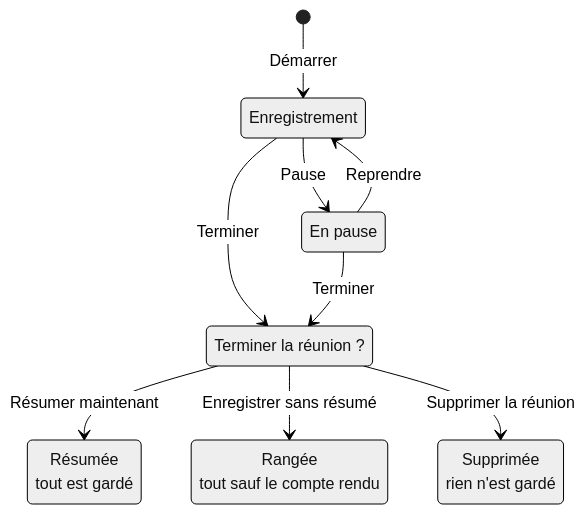
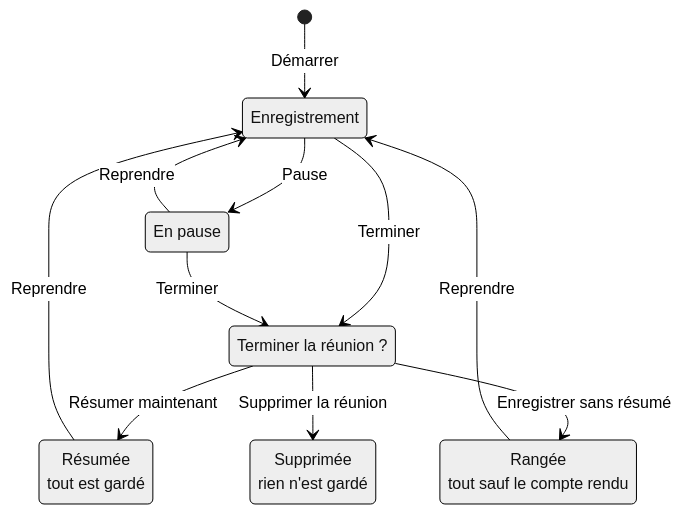
The diagram in docs/user/fonctionnalites/pause-et-fin/index.md (MyAlfred-ai/my-brief), drawn with Mermaid (neutral theme) before and after one commit. The commit also changed other lines of this file and 598 other files, not shown here.

````diff
--- a/docs/user/fonctionnalites/pause-et-fin/index.md
+++ b/docs/user/fonctionnalites/pause-et-fin/index.md
@@ -46,19 +46,21 @@
 ```mermaid
 stateDiagram-v2
   accTitle: Les états d'une réunion, et les boutons qui les relient
-  accDescr: Démarrer lance l'enregistrement, Pause le suspend, Reprendre le relance. Terminer, pendant l'enregistrement comme en pause, ouvre « Terminer la réunion ? » : Résumer maintenant arrête et rédige le compte rendu, en gardant tout ; Enregistrer sans résumé arrête et range la réunion avec sa transcription, ses notes et ses actions, sans compte rendu ; Supprimer la réunion abandonne tout ; Annuler revient à l'état d'avant.
+  accDescr: Démarrer lance l'enregistrement, Pause le suspend, Reprendre le relance. Terminer, pendant l'enregistrement comme en pause, ouvre « Terminer la réunion ? » : Résumer maintenant arrête et rédige le compte rendu, en gardant tout ; Enregistrer sans résumé arrête et range la réunion avec sa transcription, ses notes et ses actions, sans compte rendu ; Supprimer la réunion abandonne tout ; Annuler revient à l'état d'avant. Une réunion résumée ou rangée se reprend : l'enregistrement repart dans la même réunion.
   state "Enregistrement" as REC
   state "En pause" as PAUSE
   state "Terminer la réunion ?" as FIN
   state "Résumée<br>tout est gardé" as RESUMEE
   state "Rangée<br>tout sauf le compte rendu" as RANGEE
   state "Supprimée<br>rien n'est gardé" as SUPPR
   [*] --> REC : Démarrer
   REC --> PAUSE : Pause
   PAUSE --> REC : Reprendre
   REC --> FIN : Terminer
   PAUSE --> FIN : Terminer
   FIN --> RESUMEE : Résumer maintenant
   FIN --> RANGEE : Enregistrer sans résumé
   FIN --> SUPPR : Supprimer la réunion
+  RESUMEE --> REC : Reprendre
+  RANGEE --> REC : Reprendre
 ```
````
